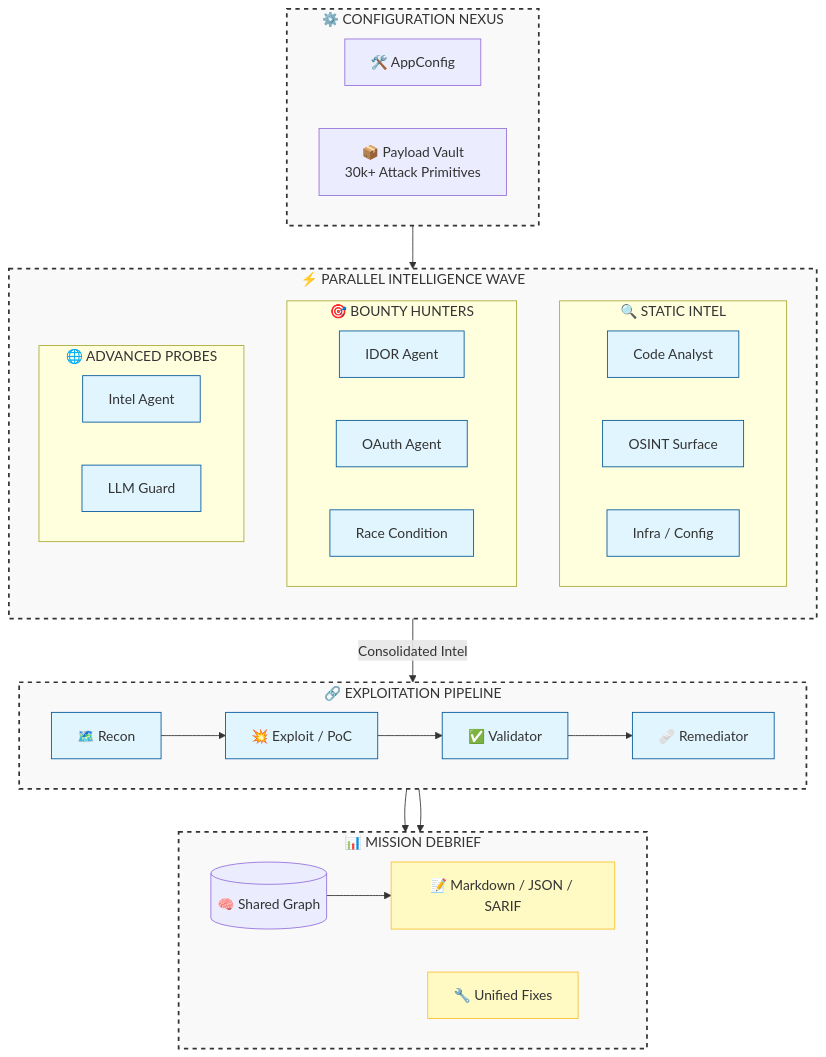
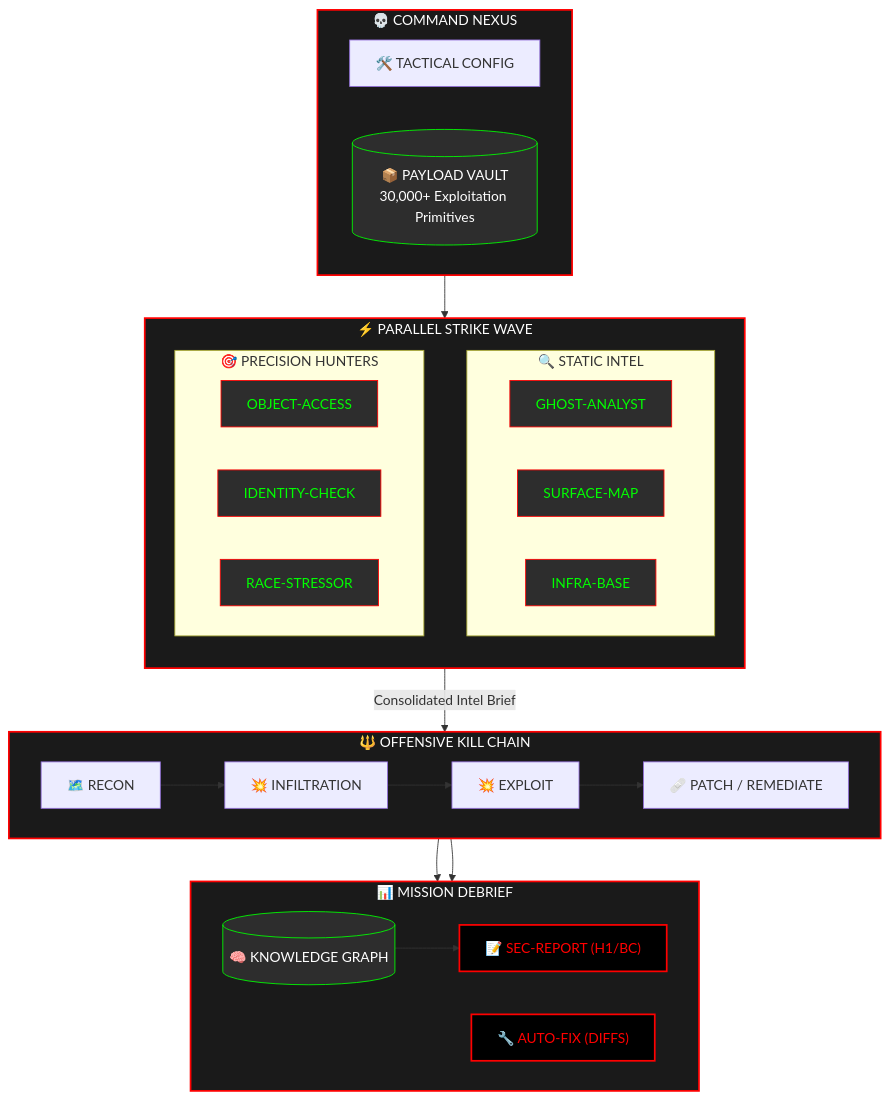
One commit to gl1tch0x1/SecAgents changed the diagram in README.md. Above: the diagram before and after it, drawn with Mermaid. The commit also changed other lines of this file and 5 other files, not shown here.

````diff
--- a/README.md
+++ b/README.md
@@ -29,62 +50,57 @@
 ```mermaid
 flowchart TB
     %% ── Style Definitions ────────────────────────────────────────────────
-    classDef layer fill:#f9f9f9,stroke:#333,stroke-width:2px,stroke-dasharray: 5 5;
-    classDef agent fill:#e1f5fe,stroke:#01579b,stroke-width:1px;
-    classDef output fill:#fff9c4,stroke:#fbc02d,stroke-width:1px;
+    classDef nexus fill:#1a1a1a,stroke:#ff0000,stroke-width:2px,color:#fff;
+    classDef operative fill:#2d2d2d,stroke:#ff0000,stroke-width:1px,color:#00ff00;
+    classDef vault fill:#2d2d2d,stroke:#00ff00,stroke-width:1px,color:#fff;
+    classDef debrief fill:#000,stroke:#ff0000,stroke-width:2px,color:#ff0000;
 
-    %% ── Layer 0: Configuration ───────────────────────────────────────────
-    subgraph CFG["⚙️  CONFIGURATION NEXUS"]
+    %% ── Layer 0: Nexus ───────────────────────────────────────────────────
+    subgraph NEXUS["💀 COMMAND NEXUS"]
         direction LR
-        AC["🛠️ AppConfig"]
-        PL["📦 Payload Vault\n30k+ Attack Primitives"]
+        CFG["🛠️ TACTICAL CONFIG"]
+        PL[("📦 PAYLOAD VAULT\n30,000+ Exploitation Primitives")]
     end
 
-    %% ── Layer 1: Parallel Specialization ────────────────────────────────
-    subgraph PSW["⚡ PARALLEL INTELLIGENCE WAVE"]
+    %% ── Layer 1: Operative Wave ──────────────────────────────────────────
+    subgraph WAVE["⚡ PARALLEL STRIKE WAVE"]
         direction TB
         subgraph STATIC["🔍 STATIC INTEL"]
-            direction LR
-            CA["Code Analyst"]
-            OS["OSINT Surface"]
-            IC["Infra / Config"]
+            CA["GHOST-ANALYST"]
+            OS["SURFACE-MAP"]
+            IC["INFRA-BASE"]
         end
-        subgraph BBH["🎯 BOUNTY HUNTERS"]
-            direction LR
-            ID["IDOR Agent"]
-            OA["OAuth Agent"]
-            RC["Race Condition"]
-        end
-        subgraph FUTURE["🌐 ADVANCED PROBES"]
-            direction LR
-            IA["Intel Agent"]
-            LF["LLM Guard"]
+        subgraph BOUNTY["🎯 PRECISION HUNTERS"]
+            ID["OBJECT-ACCESS"]
+            OA["IDENTITY-CHECK"]
+            RC["RACE-STRESSOR"]
         end
     end
 
-    %% ── Layer 2: Sequential Execution ──────────────────────────────────
-    subgraph PIPE["🔗 EXPLOITATION PIPELINE"]
+    %% ── Layer 2: Pipeline ────────────────────────────────────────────────
+    subgraph KILLCHAIN["🔱 OFFENSIVE KILL CHAIN"]
         direction LR
-        RN["🗺️ Recon"] --> EX["💥 Exploit / PoC"] --> VA["✅ Validator"] --> RM["🩹 Remediator"]
+        RECON["🗺️ RECON"] --> INFIL["💥 INFILTRATION"] --> EXPLOIT["💥 EXPLOIT"] --> CLEANUP["🩹 PATCH / REMEDIATE"]
     end
 
-    %% ── Layer 3: Output Repository ──────────────────────────────────────
-    subgraph OUT["📊 MISSION DEBRIEF"]
+    %% ── Layer 3: Debrief ──────────────────────────────────────────────────
+    subgraph DEBRIEF["📊 MISSION DEBRIEF"]
         direction LR
-        KB[("🧠 Shared Graph")]
-        RP["📝 Markdown / JSON / SARIF"]
-        FX["🔧 Unified Fixes"]
+        KG[("🧠 KNOWLEDGE GRAPH")]
+        REP["📝 SEC-REPORT (H1/BC)"]
+        PATCH["🔧 AUTO-FIX (DIFFS)"]
     end
 
     %% ── Connections ──────────────────────────────────────────────────────
-    CFG --> PSW
-    PSW -->|"Consolidated Intel"| PIPE
-    PIPE --> KB
-    KB --> RP
-    PIPE --> FX
+    NEXUS --> WAVE
+    WAVE -->|"Consolidated Intel Brief"| KILLCHAIN
+    KILLCHAIN --> KG
+    KG --> REP
+    KILLCHAIN --> PATCH
 
     %% ── Apply Styles ─────────────────────────────────────────────────────
-    class CFG,PSW,PIPE,OUT layer;
-    class CA,OS,IC,ID,OA,RC,IA,LF,RN,EX,VA,RM agent;
-    class RP,FX output;
+    class NEXUS,WAVE,KILLCHAIN,DEBRIEF nexus;
+    class CA,OS,IC,ID,OA,RC operative;
+    class PL,KG vault;
+    class REP,PATCH debrief;
 ```
````
